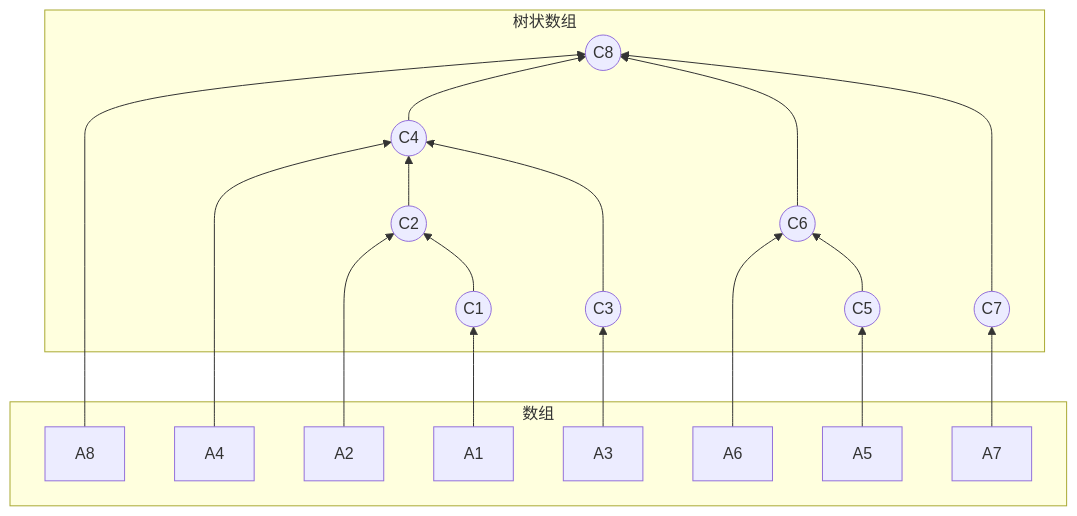
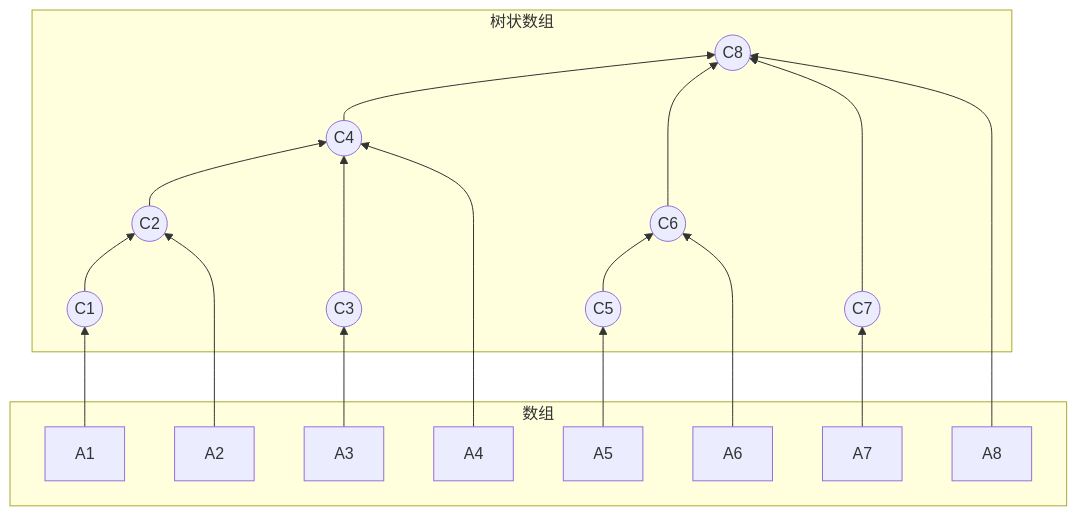
The first of 3 diagrams in DataStructures/Graph/树状数组.md (dmjcb/SelfBlog), drawn with Mermaid before and after one commit. The commit also changed other lines of this file and 29 other files, not shown here.

````diff
--- a/DataStructures/Graph/树状数组.md
+++ b/DataStructures/Graph/树状数组.md
@@ -23,41 +23,33 @@
 ```mermaid
 graph BT;
     subgraph 数组
         A1[A1]
         A2[A2]
         A3[A3]
         A4[A4]
         A5[A5]
         A6[A6]
         A7[A7]
         A8[A8]
     end
 
     subgraph 树状数组
         C1((C1))
         C2((C2))
         C3((C3))
         C4((C4))
         C5((C5))
         C6((C6))
         C7((C7))
         C8((C8))
     end
 
-    A1 --> C1
-    A2 --> C2
-    A3 --> C3
-    A4 --> C4
-    A5 --> C5
-    A6 --> C6
-    A7 --> C7
+    A1 --> C1 --> C2
+    A2 --> C2 --> C4
+    A3 --> C3 --> C4
+    A4 --> C4 --> C8
+    A5 --> C5 --> C6
+    A6 --> C6 --> C8
+    A7 --> C7 --> C8
     A8 --> C8
-
-    C1 --> C2
-    C2 --> C4
-    C3 --> C4
-    C4 --> C8
-    C5 --> C6
-    C6 --> C8
-    C7 --> C8
 ```
````
